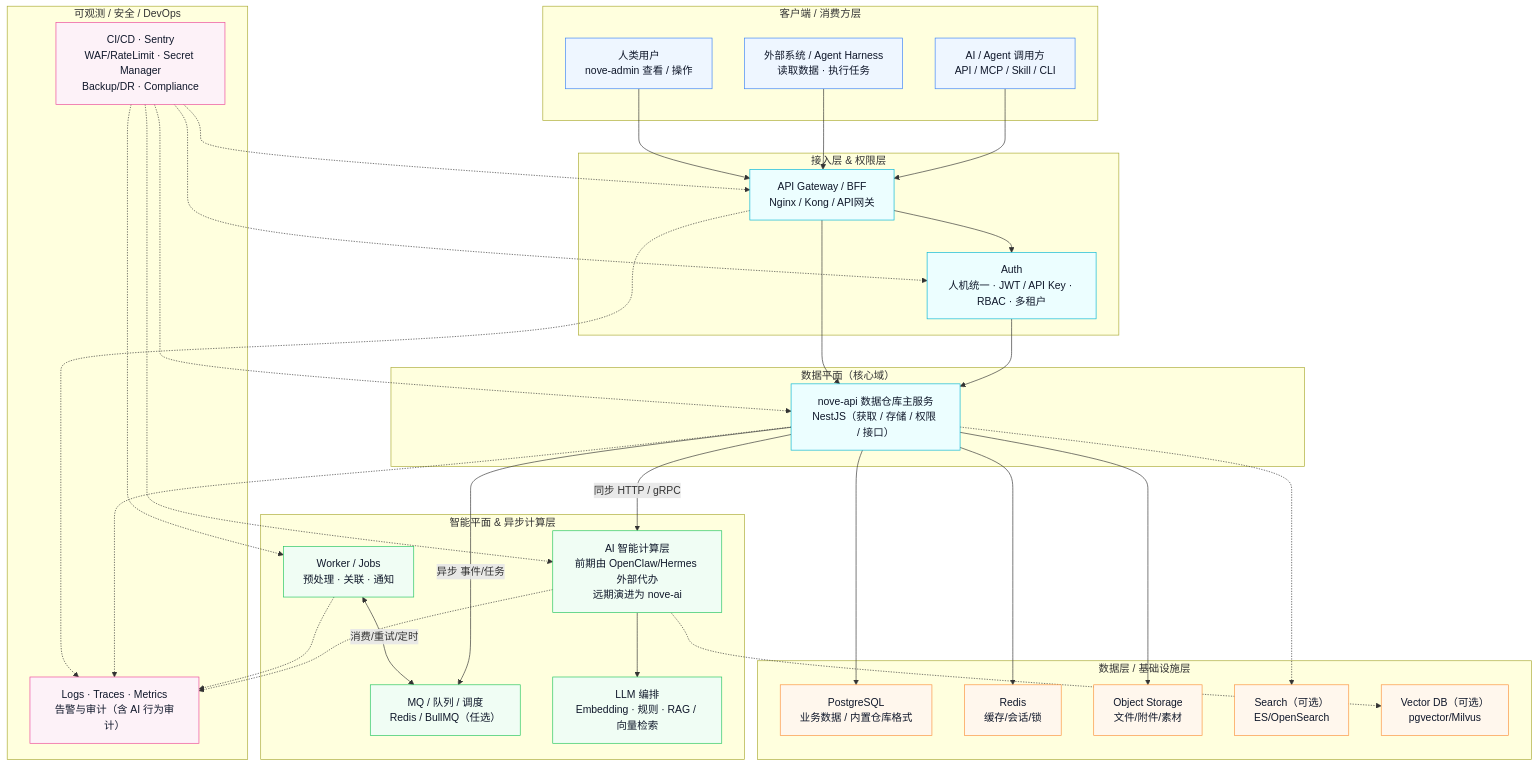
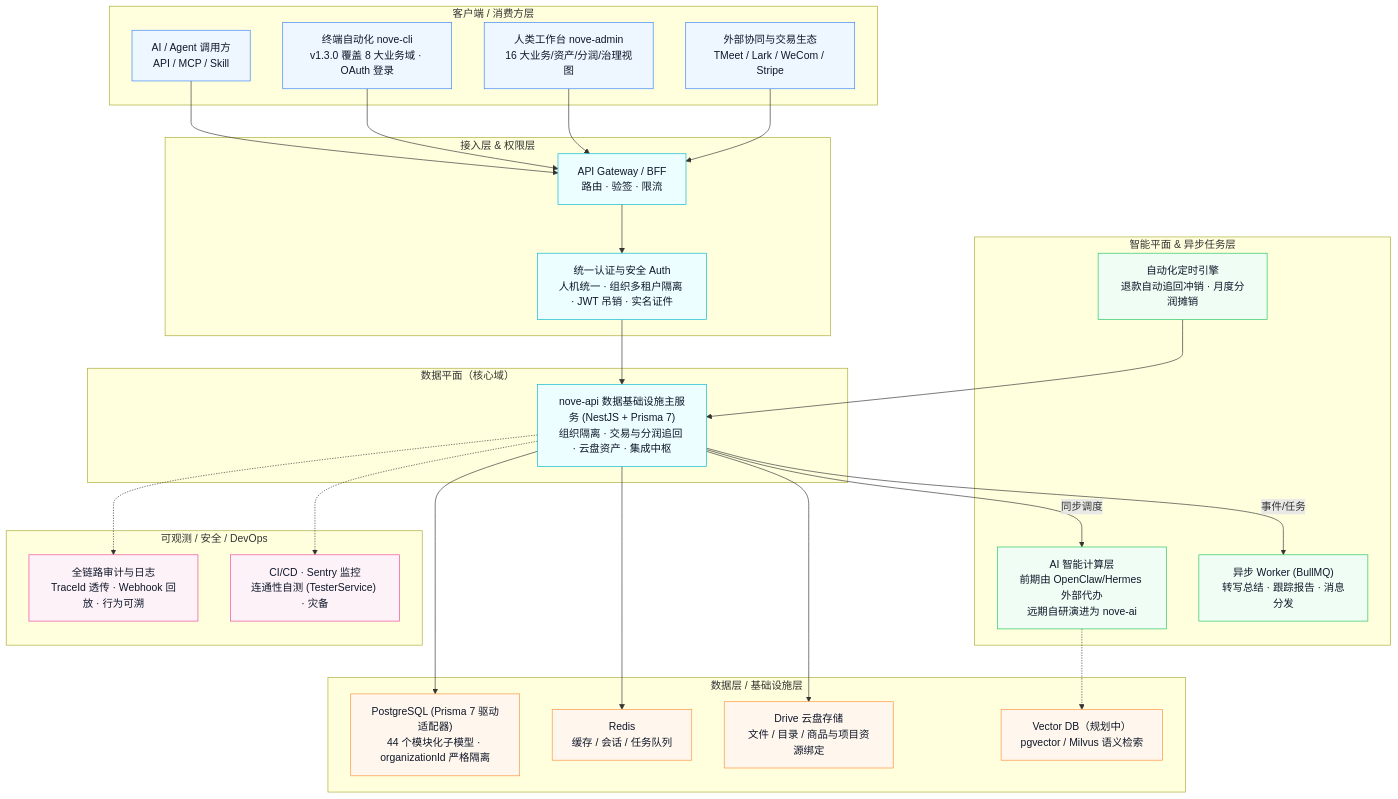
One commit to lulabs-org/nove-doc changed the second of 2 diagrams in architecture/system-overview.md. Above: the diagram before and after it, drawn with Mermaid. The commit also changed other lines of this file and 8 other files, not shown here.

Commit message:
docs: update documentation across guides, architecture, and roadmap

````diff
--- a/architecture/system-overview.md
+++ b/architecture/system-overview.md
@@ -126,82 +127,70 @@
 ```mermaid
 flowchart TB
   %% ========= 样式 =========
   classDef client fill:#eef6ff,stroke:#3b82f6,stroke-width:1px,color:#0f172a;
   classDef core fill:#ecfeff,stroke:#06b6d4,stroke-width:1px,color:#0f172a;
   classDef svc fill:#f0fdf4,stroke:#22c55e,stroke-width:1px,color:#0f172a;
   classDef data fill:#fff7ed,stroke:#fb923c,stroke-width:1px,color:#0f172a;
   classDef ops fill:#fdf2f8,stroke:#ec4899,stroke-width:1px,color:#0f172a;
 
   %% ========= 客户端 / 消费方 =========
   subgraph L1["客户端 / 消费方层"]
-    U1["AI / Agent 调用方<br/>API / MCP / Skill / CLI"]:::client
-    U2["外部系统 / Agent Harness<br/>读取数据 · 执行任务"]:::client
-    U3["人类用户<br/>nove-admin 查看 / 操作"]:::client
+    U1["AI / Agent 调用方<br/>API / MCP / Skill"]:::client
+    U2["终端自动化 nove-cli<br/>v1.3.0 覆盖 8 大业务域 · OAuth 登录"]:::client
+    U3["人类工作台 nove-admin<br/>16 大业务/资产/分润/治理视图"]:::client
+    U4["外部协同与交易生态<br/>TMeet / Lark / WeCom / Stripe"]:::client
   end
 
   %% ========= 接入与权限 =========
   subgraph L2["接入层 & 权限层"]
-    GW["API Gateway / BFF<br/>Nginx / Kong / API网关"]:::core
-    AUTH["Auth<br/>人机统一 · JWT / API Key · RBAC · 多租户"]:::core
+    GW["API Gateway / BFF<br/>路由 · 验签 · 限流"]:::core
+    AUTH["统一认证与安全 Auth<br/>人机统一 · 组织多租户隔离 · JWT 吊销 · 实名证件"]:::core
   end
 
   %% ========= 数据仓库主服务 =========
   subgraph L3["数据平面（核心域）"]
-    API["nove-api 数据仓库主服务<br/>NestJS（获取 / 存储 / 权限 / 接口）"]:::core
+    API["nove-api 数据基础设施主服务 (NestJS + Prisma 7)<br/>组织隔离 · 交易与分润追回 · 云盘资产 · 集成中枢"]:::core
   end
 
   %% ========= 智能与异步 =========
-  subgraph L4["智能平面 & 异步计算层"]
-    AI["AI 智能计算层<br/>前期由 OpenClaw/Hermes 外部代办<br/>远期演进为 nove-ai"]:::svc
-    WORKER["Worker / Jobs<br/>预处理 · 关联 · 通知"]:::svc
-    MQ["MQ / 队列 / 调度<br/>Redis / BullMQ（任选）"]:::svc
-    LLM["LLM 编排<br/>Embedding · 规则 · RAG / 向量检索"]:::svc
+  subgraph L4["智能平面 & 异步任务层"]
+    AI["AI 智能计算层<br/>前期由 OpenClaw/Hermes 外部代办<br/>远期自研演进为 nove-ai"]:::svc
+    WORKER["异步 Worker (BullMQ)<br/>转写总结 · 跟踪报告 · 消息分发"]:::svc
+    CRON["自动化定时引擎<br/>退款自动追回冲销 · 月度分润摊销"]:::svc
   end
 
   %% ========= 数据与基础设施 =========
   subgraph L5["数据层 / 基础设施层"]
-    PG["PostgreSQL<br/>业务数据 / 内置仓库格式"]:::data
-    REDIS["Redis<br/>缓存/会话/锁"]:::data
-    OBJ["Object Storage<br/>文件/附件/素材"]:::data
-    SEARCH["Search（可选）<br/>ES/OpenSearch"]:::data
-    VECTOR["Vector DB（可选）<br/>pgvector/Milvus"]:::data
+    PG["PostgreSQL (Prisma 7 驱动适配器)<br/>44 个模块化子模型 · organizationId 严格隔离"]:::data
+    REDIS["Redis<br/>缓存 / 会话 / 任务队列"]:::data
+    DRIVE_STORE["Drive 云盘存储<br/>文件 / 目录 / 商品与项目资源绑定"]:::data
+    VECTOR["Vector DB（规划中）<br/>pgvector / Milvus 语义检索"]:::data
   end
 
   %% ========= 可观测与安全 =========
   subgraph L6["可观测 / 安全 / DevOps"]
-    OBS["Logs · Traces · Metrics<br/>告警与审计（含 AI 行为审计）"]:::ops
-    DEVOPS["CI/CD · Sentry<br/>WAF/RateLimit · Secret Manager<br/>Backup/DR · Compliance"]:::ops
+    OBS["全链路审计与日志<br/>TraceId 透传 · Webhook 回放 · 行为可溯"]:::ops
+    DEVOPS["CI/CD · Sentry 监控<br/>连通性自测 (TesterService) · 灾备"]:::ops
   end
 
   %% ========= 流向 =========
   U1 --> GW
   U2 --> GW
   U3 --> GW
+  U4 --> GW
 
   GW --> AUTH
   AUTH --> API
-  GW --> API
 
-  API -->|同步 HTTP / gRPC| AI
-  API -->|异步 事件/任务| MQ
-  WORKER <-->|消费/重试/定时| MQ
-
-  AI --> LLM
+  API -->|同步调度| AI
+  API -->|事件/任务| WORKER
+  CRON --> API
 
   API --> PG
   API --> REDIS
-  API --> OBJ
-  API -.-> SEARCH
+  API --> DRIVE_STORE
   AI -.-> VECTOR
 
   API -.-> OBS
-  AI -.-> OBS
-  WORKER -.-> OBS
-  GW -.-> OBS
-
-  DEVOPS -.-> GW
-  DEVOPS -.-> AUTH
-  DEVOPS -.-> API
-  DEVOPS -.-> AI
-  DEVOPS -.-> WORKER
+  API -.-> DEVOPS
 ```
````
